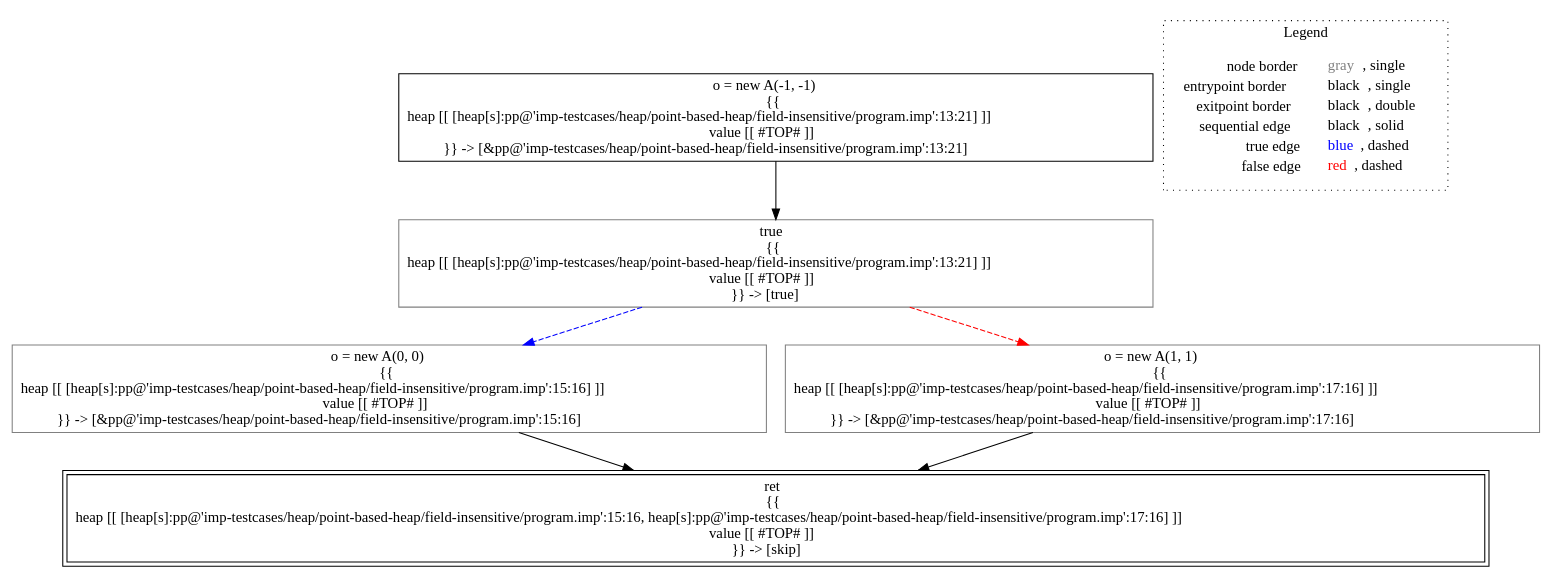
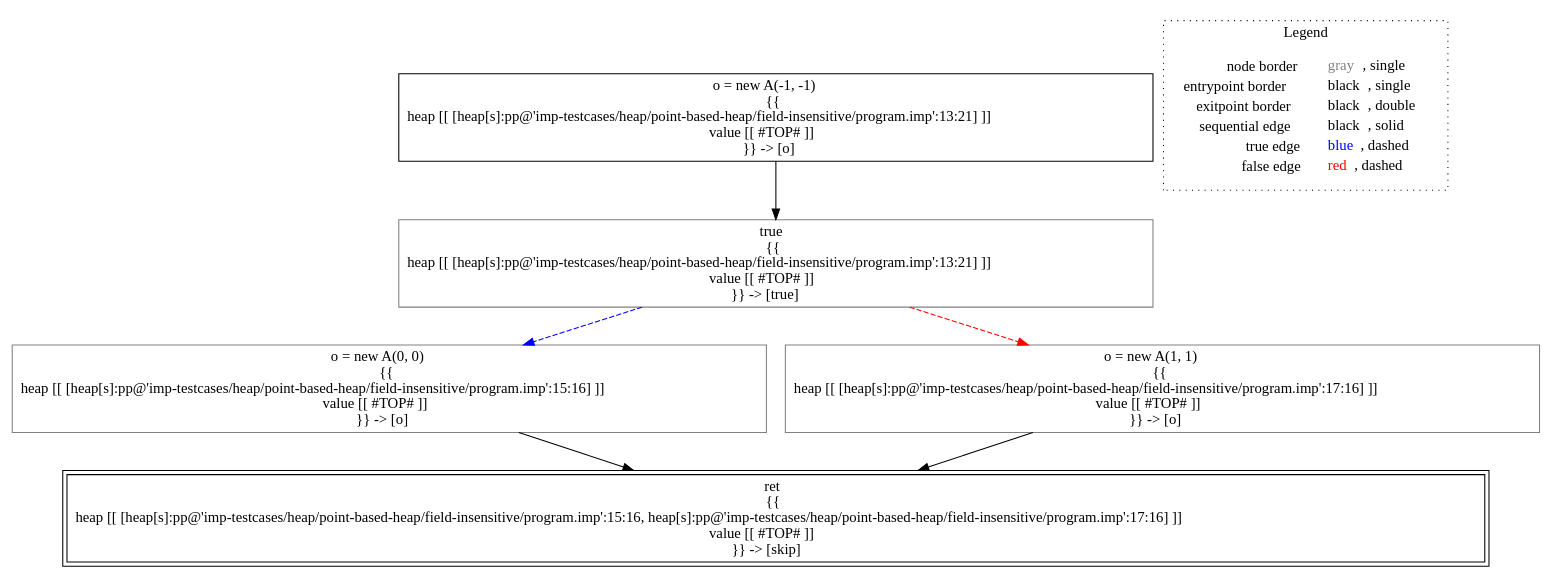
Before and after one commit to lisa-analyzer/lisa: the diagram in lisa/imp-testcases/heap/point-based-heap/field-insensitive/analysis___untyped_A.f2(A_this).dot, drawn with Graphviz. The commit also changed 33 other files, not shown here.

Commit message:
#95 refactored new heap symbolic expressions, removed rewriting in analysis state small step semantics and assign methods, point based heap tests

```diff
--- a/lisa/imp-testcases/heap/point-based-heap/field-insensitive/analysis___untyped_A.f2(A_this).dot
+++ b/lisa/imp-testcases/heap/point-based-heap/field-insensitive/analysis___untyped_A.f2(A_this).dot
@@ -1,19 +1,19 @@
 digraph {
-	"node0" [shape="rect",color="black",label=<o = new A(-1, -1)<BR/>{{<BR/>heap [[ [heap[s]:pp@'imp-testcases/heap/point-based-heap/field-insensitive/program.imp':13:21] ]]<BR/>value [[ #TOP# ]]<BR/>}} -&gt; [&amp;pp@'imp-testcases/heap/point-based-heap/field-insensitive/program.imp':13:21]>];
-	"node1" [shape="rect",color="gray",label=<o = new A(0, 0)<BR/>{{<BR/>heap [[ [heap[s]:pp@'imp-testcases/heap/point-based-heap/field-insensitive/program.imp':15:16] ]]<BR/>value [[ #TOP# ]]<BR/>}} -&gt; [&amp;pp@'imp-testcases/heap/point-based-heap/field-insensitive/program.imp':15:16]>];
+	"node0" [shape="rect",color="black",label=<o = new A(-1, -1)<BR/>{{<BR/>heap [[ [heap[s]:pp@'imp-testcases/heap/point-based-heap/field-insensitive/program.imp':13:21] ]]<BR/>value [[ #TOP# ]]<BR/>}} -&gt; [o]>];
+	"node1" [shape="rect",color="gray",label=<o = new A(0, 0)<BR/>{{<BR/>heap [[ [heap[s]:pp@'imp-testcases/heap/point-based-heap/field-insensitive/program.imp':15:16] ]]<BR/>value [[ #TOP# ]]<BR/>}} -&gt; [o]>];
 	"node2" [shape="rect",color="gray",label=<true<BR/>{{<BR/>heap [[ [heap[s]:pp@'imp-testcases/heap/point-based-heap/field-insensitive/program.imp':13:21] ]]<BR/>value [[ #TOP# ]]<BR/>}} -&gt; [true]>];
 	"node3" [shape="rect",color="black",peripheries="2",label=<ret<BR/>{{<BR/>heap [[ [heap[s]:pp@'imp-testcases/heap/point-based-heap/field-insensitive/program.imp':15:16, heap[s]:pp@'imp-testcases/heap/point-based-heap/field-insensitive/program.imp':17:16] ]]<BR/>value [[ #TOP# ]]<BR/>}} -&gt; [skip]>];
-	"node4" [shape="rect",color="gray",label=<o = new A(1, 1)<BR/>{{<BR/>heap [[ [heap[s]:pp@'imp-testcases/heap/point-based-heap/field-insensitive/program.imp':17:16] ]]<BR/>value [[ #TOP# ]]<BR/>}} -&gt; [&amp;pp@'imp-testcases/heap/point-based-heap/field-insensitive/program.imp':17:16]>];
+	"node4" [shape="rect",color="gray",label=<o = new A(1, 1)<BR/>{{<BR/>heap [[ [heap[s]:pp@'imp-testcases/heap/point-based-heap/field-insensitive/program.imp':17:16] ]]<BR/>value [[ #TOP# ]]<BR/>}} -&gt; [o]>];
 	"node1" -> "node3" [color="black"];
 	"node0" -> "node2" [color="black"];
 	"node2" -> "node1" [color="blue",style="dashed"];
 	"node2" -> "node4" [color="red",style="dashed"];
 	"node4" -> "node3" [color="black"];
 subgraph cluster_legend {
 	label="Legend";
 	style=dotted;
 	node [shape=plaintext];
 	"legend" [label=<<table border="0" cellpadding="2" cellspacing="0" cellborder="0"><tr><td align="right">node border&nbsp;</td><td align="left"><font color="gray">gray</font>, single</td></tr><tr><td align="right">entrypoint border&nbsp;</td><td align="left"><font color="black">black</font>, single</td></tr><tr><td align="right">exitpoint border&nbsp;</td><td align="left"><font color="black">black</font>, double</td></tr><tr><td align="right">sequential edge&nbsp;</td><td align="left"><font color="black">black</font>, solid</td></tr><tr><td align="right">true edge&nbsp;</td><td align="left"><font color="blue">blue</font>, dashed</td></tr><tr><td align="right">false edge&nbsp;</td><td align="left"><font color="red">red</font>, dashed</td></tr></table>>];
 }
 
 }
```
